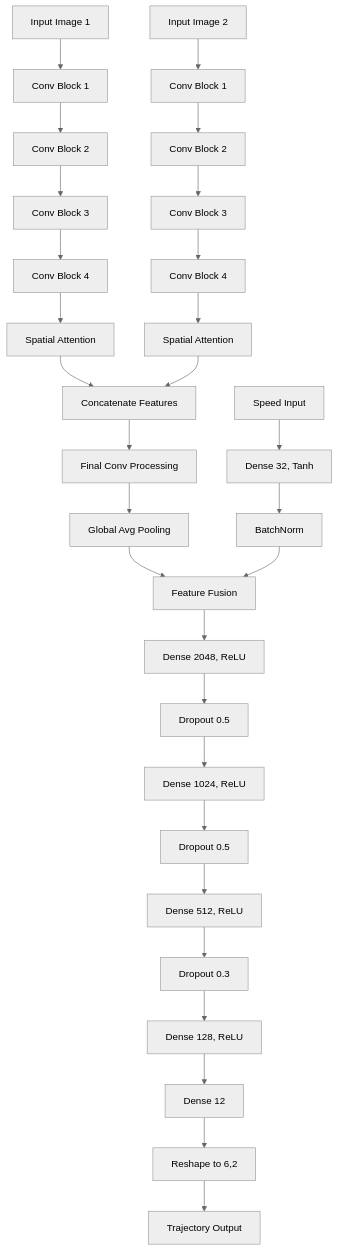
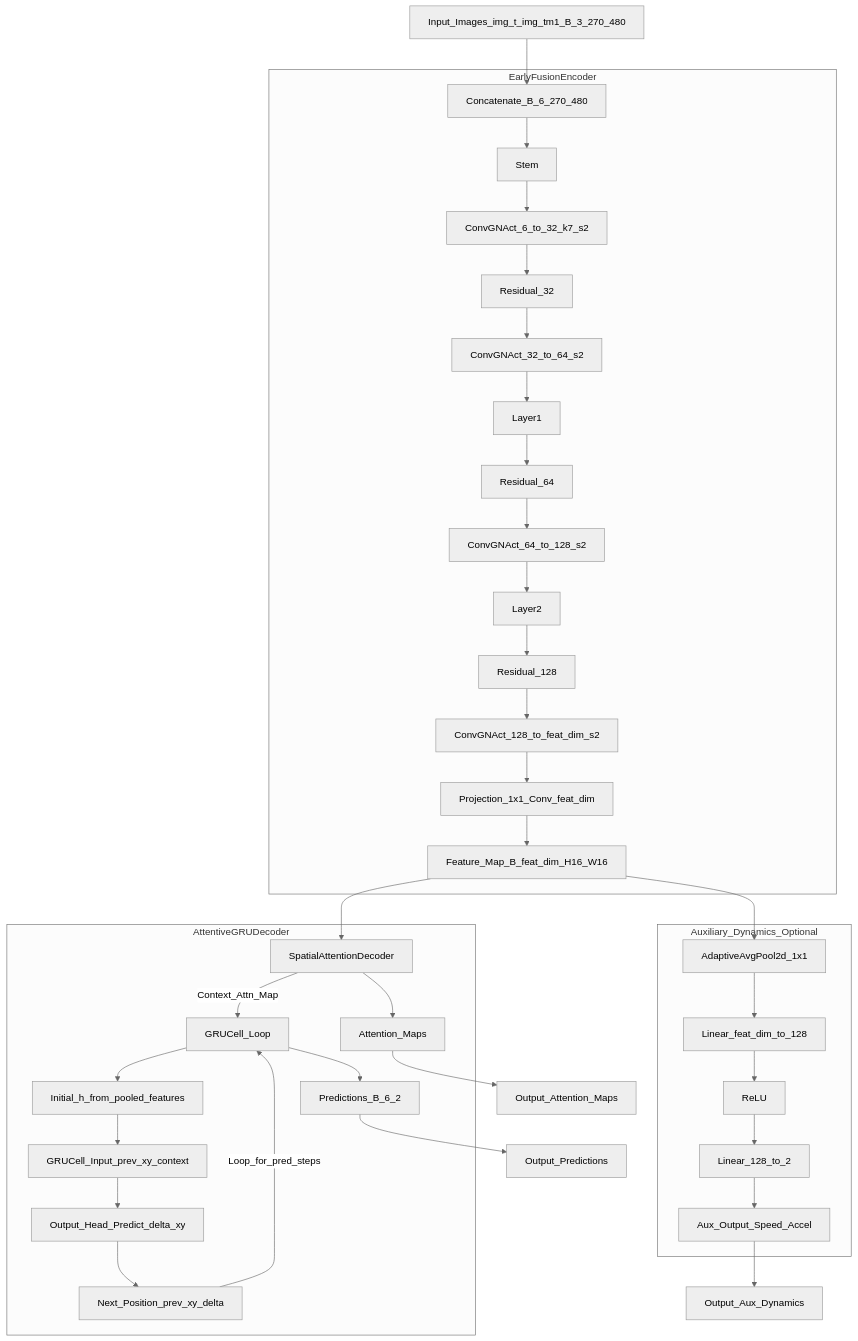
Before and after one commit to TheAypisamFpv/Autopilot: the diagram in model/architecture/modelArchitecture.mmd, drawn with Mermaid (neutral theme). The commit also changed 8 other files, not shown here.

First line of the commit message:
Refactor TrajectoryModel architecture and training script

```diff
--- a/model/architecture/modelArchitecture.mmd
+++ b/model/architecture/modelArchitecture.mmd
@@ -1,48 +1,41 @@
 graph TD
-    %% Input Images
-    A1[Input Image 1] --> B1[Conv Block 1]
-    A2[Input Image 2] --> B2[Conv Block 1]
-    
-    %% Shared Convolutional Blocks (both images use same weights)
-    B1 --> C1[Conv Block 2]
-    B2 --> C2[Conv Block 2]
-    
-    C1 --> D1[Conv Block 3]
-    C2 --> D2[Conv Block 3]
-    
-    D1 --> E1[Conv Block 4]
-    D2 --> E2[Conv Block 4]
-    
-    %% Spatial Attention
-    E1 --> F1[Spatial Attention]
-    E2 --> F2[Spatial Attention]
-    
-    %% Feature Concatenation
-    F1 --> G[Concatenate Features]
-    F2 --> G
-    
-    %% Final Conv Processing
-    G --> H[Final Conv Processing]
-    H --> I[Global Avg Pooling]
-    
-    %% Dynamic Input Branch
-    J[Speed Input] --> K[Dense 32, Tanh]
-    K --> L[BatchNorm]
-    
-    %% Feature Fusion
-    I --> M[Feature Fusion]
-    L --> M
-    
-    %% Fully Connected Layers
-    M --> N[Dense 2048, ReLU]
-    N --> O[Dropout 0.5]
-    O --> P[Dense 1024, ReLU]
-    P --> Q[Dropout 0.5]
-    Q --> R[Dense 512, ReLU]
-    R --> S[Dropout 0.3]
-    S --> T[Dense 128, ReLU]
-    T --> U[Dense 12]
-    U --> V[Reshape to 6,2]
-    
-    %% Final Output
-    V --> W[Trajectory Output]
+    A[Input_Images_img_t_img_tm1_B_3_270_480] --> B[Concatenate_B_6_270_480]
+
+    subgraph EarlyFusionEncoder
+        B --> C[Stem]
+        C --> D[ConvGNAct_6_to_32_k7_s2]
+        D --> E[Residual_32]
+        E --> F[ConvGNAct_32_to_64_s2]
+        F --> G[Layer1]
+        G --> H[Residual_64]
+        H --> I[ConvGNAct_64_to_128_s2]
+        I --> J[Layer2]
+        J --> K[Residual_128]
+        K --> L[ConvGNAct_128_to_feat_dim_s2]
+        L --> M[Projection_1x1_Conv_feat_dim]
+        M --> N[Feature_Map_B_feat_dim_H16_W16]
+    end
+
+    subgraph AttentiveGRUDecoder
+        N --> O[SpatialAttentionDecoder]
+        O -->|Context_Attn_Map| P[GRUCell_Loop]
+        P --> Q[Initial_h_from_pooled_features]
+        Q --> R[GRUCell_Input_prev_xy_context]
+        R --> S[Output_Head_Predict_delta_xy]
+        S --> T[Next_Position_prev_xy_delta]
+        T -->|Loop_for_pred_steps| P
+        P --> U[Predictions_B_6_2]
+        O --> V[Attention_Maps]
+    end
+
+    subgraph Auxiliary_Dynamics_Optional
+        N --> W[AdaptiveAvgPool2d_1x1]
+        W --> X[Linear_feat_dim_to_128]
+        X --> Y[ReLU]
+        Y --> Z[Linear_128_to_2]
+        Z --> AA[Aux_Output_Speed_Accel]
+    end
+
+    U --> AB[Output_Predictions]
+    V --> AC[Output_Attention_Maps]
+    AA --> AD[Output_Aux_Dynamics]
```
